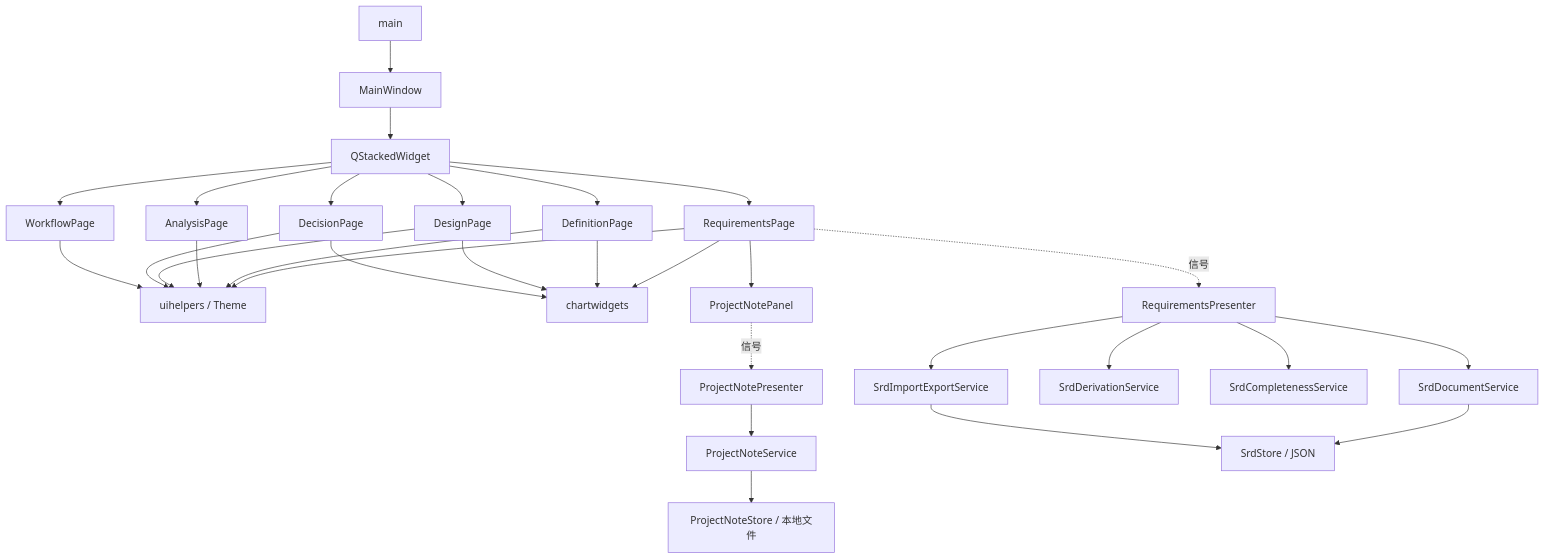
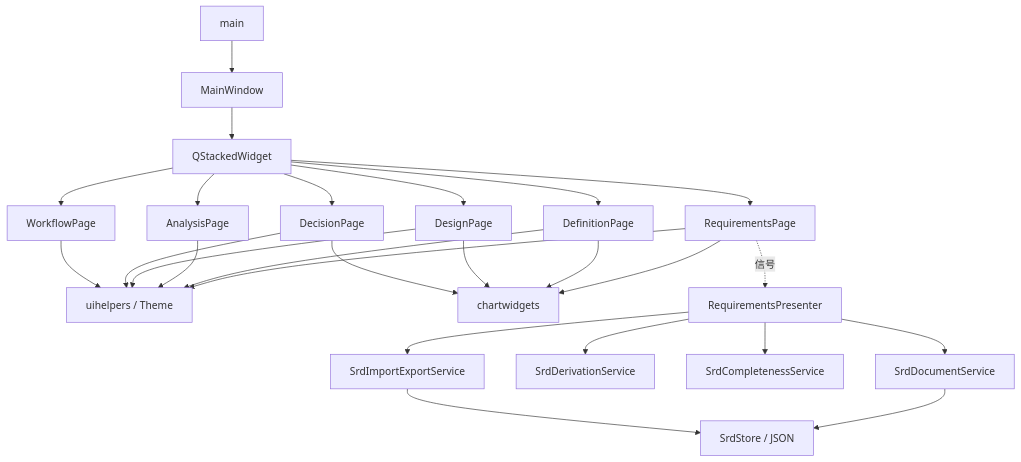
The diagram in docs/architecture.md (sunshijun205/AMDO), drawn with Mermaid before and after one commit. The commit also changed other lines of this file and 20 other files, not shown here.

````diff
--- a/docs/architecture.md
+++ b/docs/architecture.md
@@ -12,24 +10,20 @@
 ```mermaid
 graph TD
   main --> MW[MainWindow]
   MW --> Stack[QStackedWidget]
   Stack --> R[RequirementsPage]
   Stack --> D[DefinitionPage]
   Stack --> A[AnalysisPage]
   Stack --> O[DesignPage]
   Stack --> C[DecisionPage]
   Stack --> W[WorkflowPage]
   R & D & A & O & C & W --> H[uihelpers / Theme]
   R & D & O & C --> Ch[chartwidgets]
-  R --> Panel[ProjectNotePanel]
-  Panel -.->|信号| P[ProjectNotePresenter]
-  P --> S[ProjectNoteService]
-  S --> Store[ProjectNoteStore / 本地文件]
   R -.->|信号| RP[RequirementsPresenter]
   RP --> SrdDoc[SrdDocumentService]
   RP --> SrdDer[SrdDerivationService]
   RP --> SrdCmp[SrdCompletenessService]
   RP --> SrdIo[SrdImportExportService]
   SrdDoc --> SrdStore[SrdStore / JSON]
   SrdIo --> SrdStore
 ```
````
